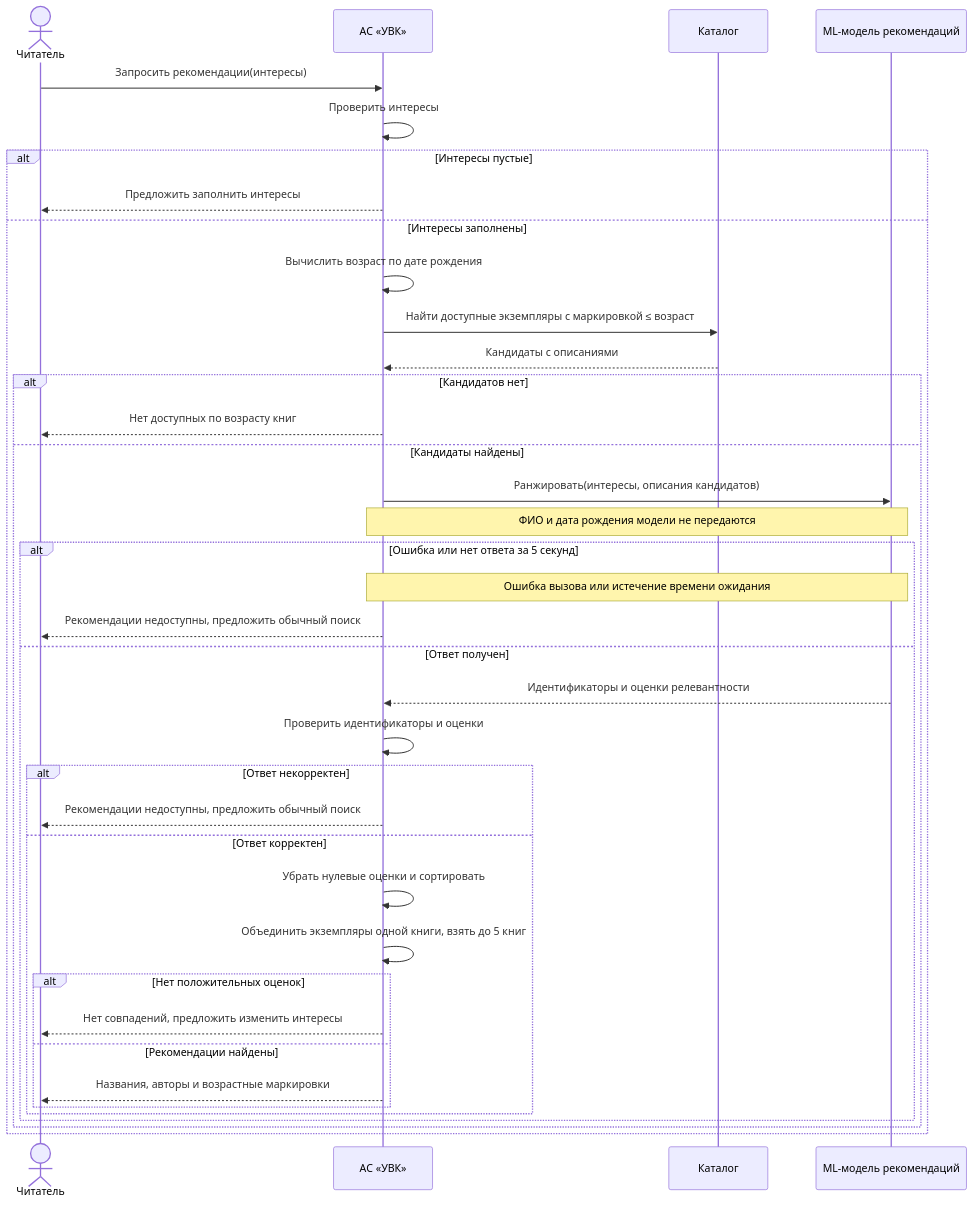
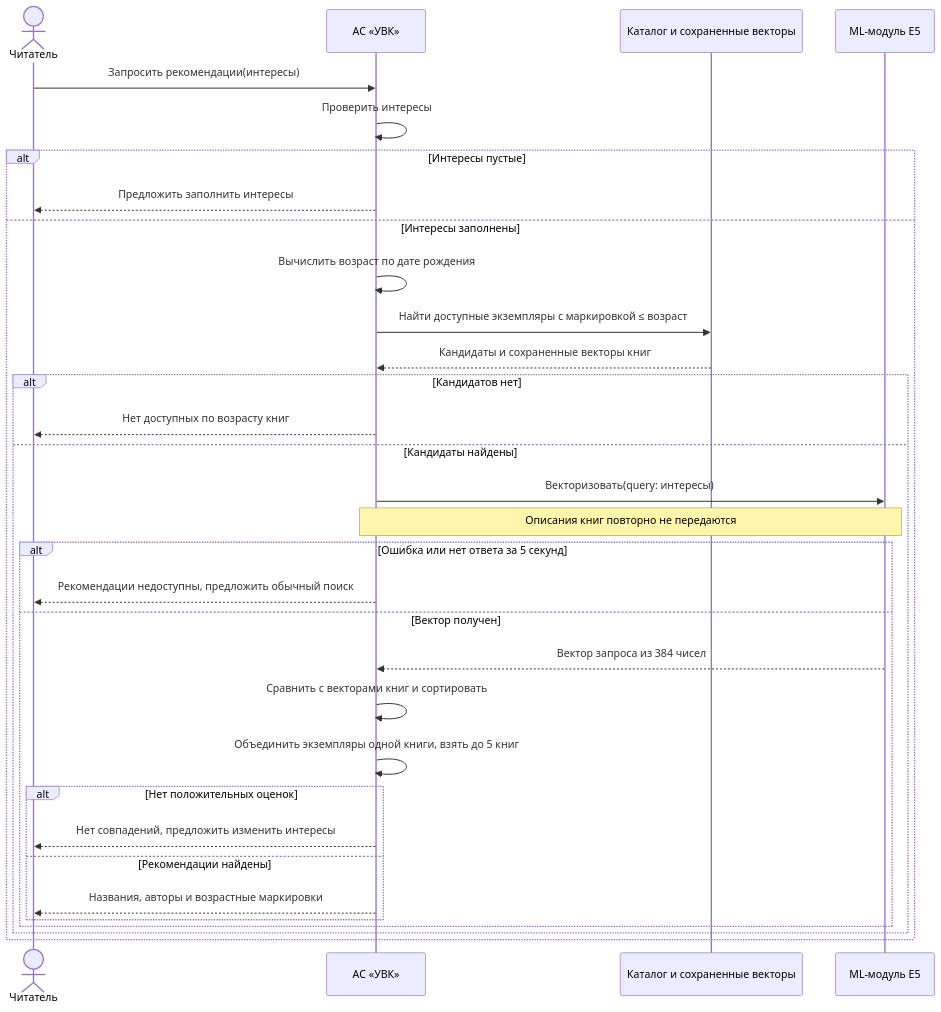
Before and after one commit to ilushka-obnimashka/docs-as-code: the first of 2 diagrams in docs/project/diagrams.md, drawn with Mermaid. The commit also changed other lines of this file and 9 other files, not shown here.

````diff
--- a/docs/project/diagrams.md
+++ b/docs/project/diagrams.md
@@ -9,41 +11,35 @@
 ```mermaid
 sequenceDiagram
     actor Reader as Читатель
     participant App as АС «УВК»
-    participant Catalog as Каталог
-    participant Model as ML-модель рекомендаций
+    participant Catalog as Каталог и сохраненные векторы
+    participant Model as ML-модуль E5
 
     Reader->>App: Запросить рекомендации(интересы)
     App->>App: Проверить интересы
     alt Интересы пустые
         App-->>Reader: Предложить заполнить интересы
     else Интересы заполнены
         App->>App: Вычислить возраст по дате рождения
         App->>Catalog: Найти доступные экземпляры с маркировкой ≤ возраст
-        Catalog-->>App: Кандидаты с описаниями
+        Catalog-->>App: Кандидаты и сохраненные векторы книг
         alt Кандидатов нет
             App-->>Reader: Нет доступных по возрасту книг
         else Кандидаты найдены
-            App->>Model: Ранжировать(интересы, описания кандидатов)
-            Note over App,Model: ФИО и дата рождения модели не передаются
+            App->>Model: Векторизовать(query: интересы)
+            Note over App,Model: Описания книг повторно не передаются
             alt Ошибка или нет ответа за 5 секунд
-                Note over App,Model: Ошибка вызова или истечение времени ожидания
                 App-->>Reader: Рекомендации недоступны, предложить обычный поиск
-            else Ответ получен
-                Model-->>App: Идентификаторы и оценки релевантности
-                App->>App: Проверить идентификаторы и оценки
-                alt Ответ некорректен
-                    App-->>Reader: Рекомендации недоступны, предложить обычный поиск
-                else Ответ корректен
-                    App->>App: Убрать нулевые оценки и сортировать
-                                        App->>App: Объединить экземпляры одной книги, взять до 5 книг
-                    alt Нет положительных оценок
-                        App-->>Reader: Нет совпадений, предложить изменить интересы
-                    else Рекомендации найдены
-                        App-->>Reader: Названия, авторы и возрастные маркировки
-                    end
+            else Вектор получен
+                Model-->>App: Вектор запроса из 384 чисел
+                App->>App: Сравнить с векторами книг и сортировать
+                App->>App: Объединить экземпляры одной книги, взять до 5 книг
+                alt Нет положительных оценок
+                    App-->>Reader: Нет совпадений, предложить изменить интересы
+                else Рекомендации найдены
+                    App-->>Reader: Названия, авторы и возрастные маркировки
                 end
             end
         end
     end
 ```
````
